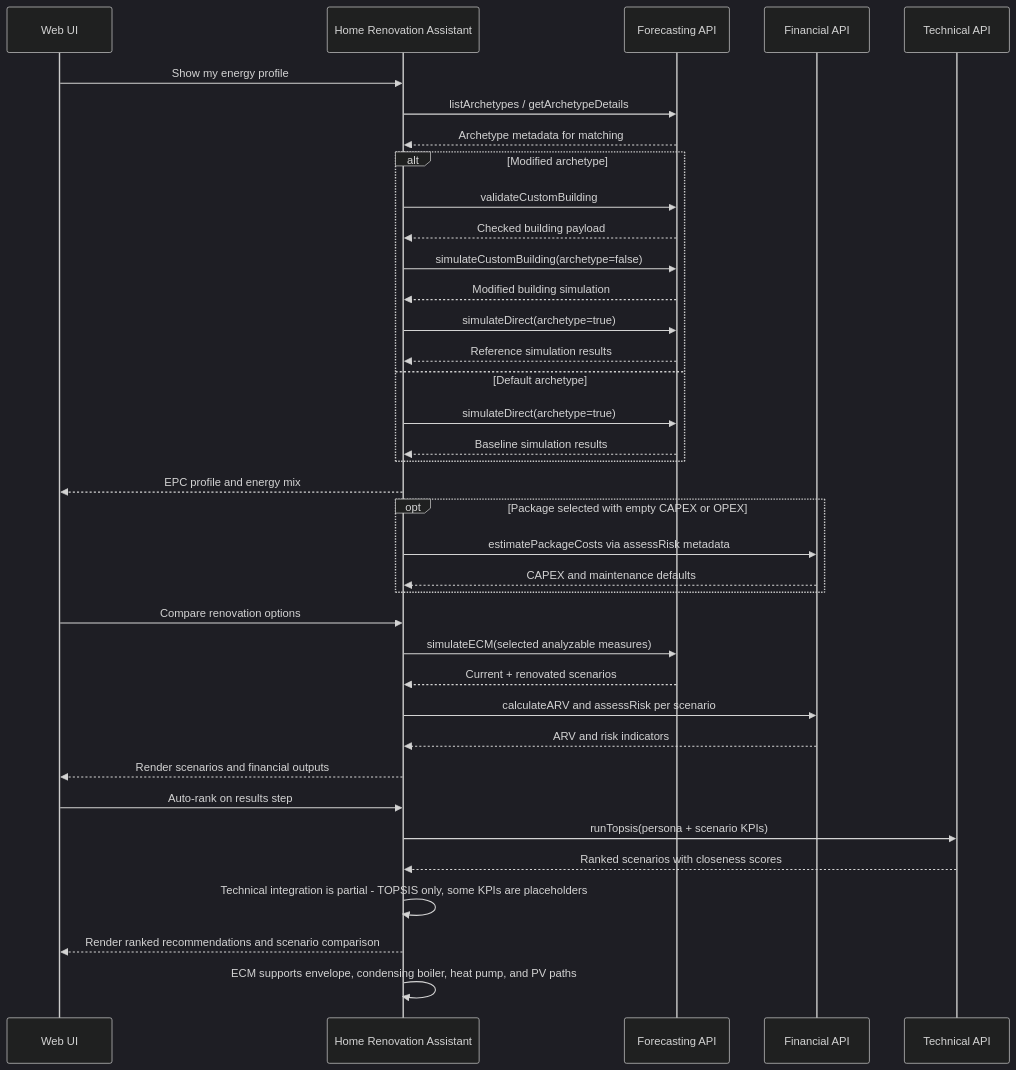
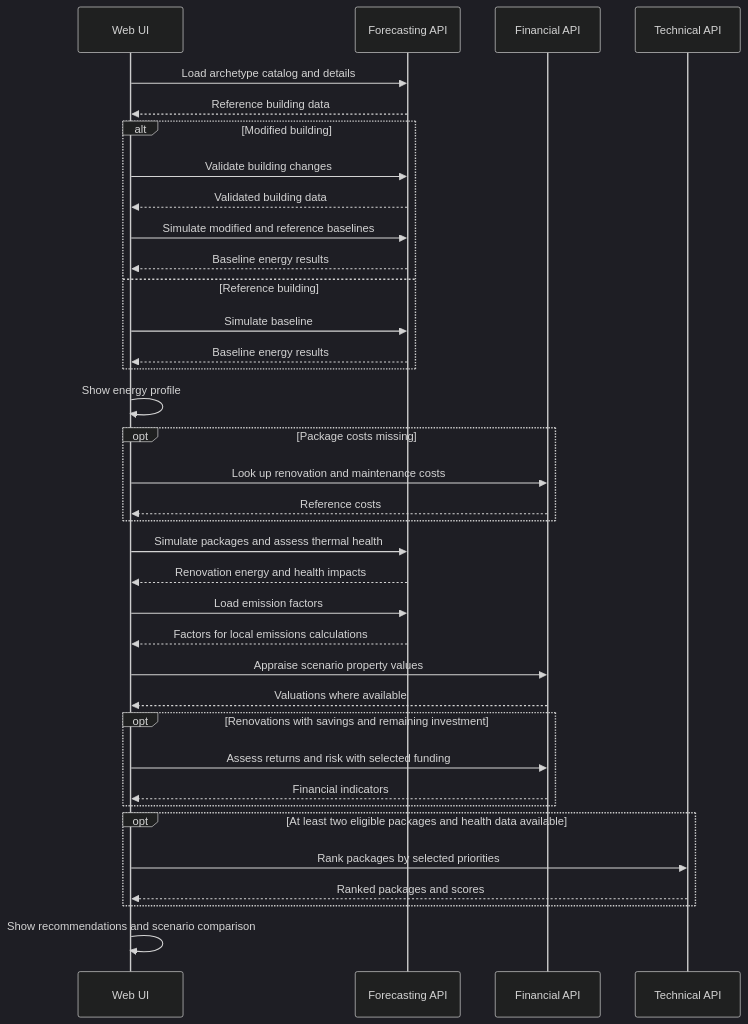
One commit to ReLIFE-Project-EU/relife-web-ui changed the first of 3 diagrams in README.md. Above: the diagram before and after it, drawn with Mermaid (dark theme). The commit also changed other lines of this file, not shown here.

Commit message:
📝 Refine README and correct architecture diagrams

````diff
--- a/README.md
+++ b/README.md
@@ -68,43 +57,40 @@
 ```mermaid
 sequenceDiagram
     participant UI as Web UI
-    participant HRA as Home Renovation Assistant
     participant FCAST as Forecasting API
     participant FIN as Financial API
     participant TECH as Technical API
 
-    UI->>HRA: Show my energy profile
-    HRA->>FCAST: listArchetypes / getArchetypeDetails
-    FCAST-->>HRA: Archetype metadata for matching
-    alt Modified archetype
-      HRA->>FCAST: validateCustomBuilding
-      FCAST-->>HRA: Checked building payload
-      HRA->>FCAST: simulateCustomBuilding(archetype=false)
-      FCAST-->>HRA: Modified building simulation
-      HRA->>FCAST: simulateDirect(archetype=true)
-      FCAST-->>HRA: Reference simulation results
-    else Default archetype
-      HRA->>FCAST: simulateDirect(archetype=true)
-      FCAST-->>HRA: Baseline simulation results
+    UI->>FCAST: Load archetype catalog and details
+    FCAST-->>UI: Reference building data
+    alt Modified building
+      UI->>FCAST: Validate building changes
+      FCAST-->>UI: Validated building data
+      UI->>FCAST: Simulate modified and reference baselines
+      FCAST-->>UI: Baseline energy results
+    else Reference building
+      UI->>FCAST: Simulate baseline
+      FCAST-->>UI: Baseline energy results
     end
-    HRA-->>UI: EPC profile and energy mix
+    UI->>UI: Show energy profile
 
-    opt Package selected with empty CAPEX or OPEX
-      HRA->>FIN: estimatePackageCosts via assessRisk metadata
-      FIN-->>HRA: CAPEX and maintenance defaults
+    opt Package costs missing
+      UI->>FIN: Look up renovation and maintenance costs
+      FIN-->>UI: Reference costs
     end
-
-    UI->>HRA: Compare renovation options
-    HRA->>FCAST: simulateECM(selected analyzable measures)
-    FCAST-->>HRA: Current + renovated scenarios
-    HRA->>FIN: calculateARV and assessRisk per scenario
-    FIN-->>HRA: ARV and risk indicators
-    HRA-->>UI: Render scenarios and financial outputs
-
-    UI->>HRA: Auto-rank on results step
-    HRA->>TECH: runTopsis(persona + scenario KPIs)
-    TECH-->>HRA: Ranked scenarios with closeness scores
-    HRA->>HRA: Technical integration is partial - TOPSIS only, some KPIs are placeholders
-    HRA-->>UI: Render ranked recommendations and scenario comparison
-    HRA->>HRA: ECM supports envelope, condensing boiler, heat pump, and PV paths
+    UI->>FCAST: Simulate packages and assess thermal health
+    FCAST-->>UI: Renovation energy and health impacts
+    UI->>FCAST: Load emission factors
+    FCAST-->>UI: Factors for local emissions calculations
+    UI->>FIN: Appraise scenario property values
+    FIN-->>UI: Valuations where available
+    opt Renovations with savings and remaining investment
+      UI->>FIN: Assess returns and risk with selected funding
+      FIN-->>UI: Financial indicators
+    end
+    opt At least two eligible packages and health data available
+      UI->>TECH: Rank packages by selected priorities
+      TECH-->>UI: Ranked packages and scores
+    end
+    UI->>UI: Show recommendations and scenario comparison
 ```
````
